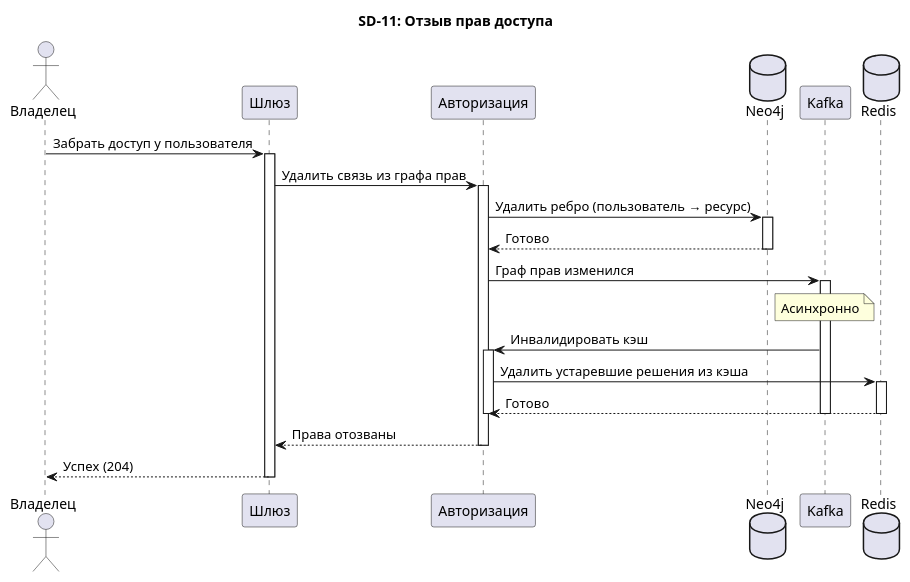
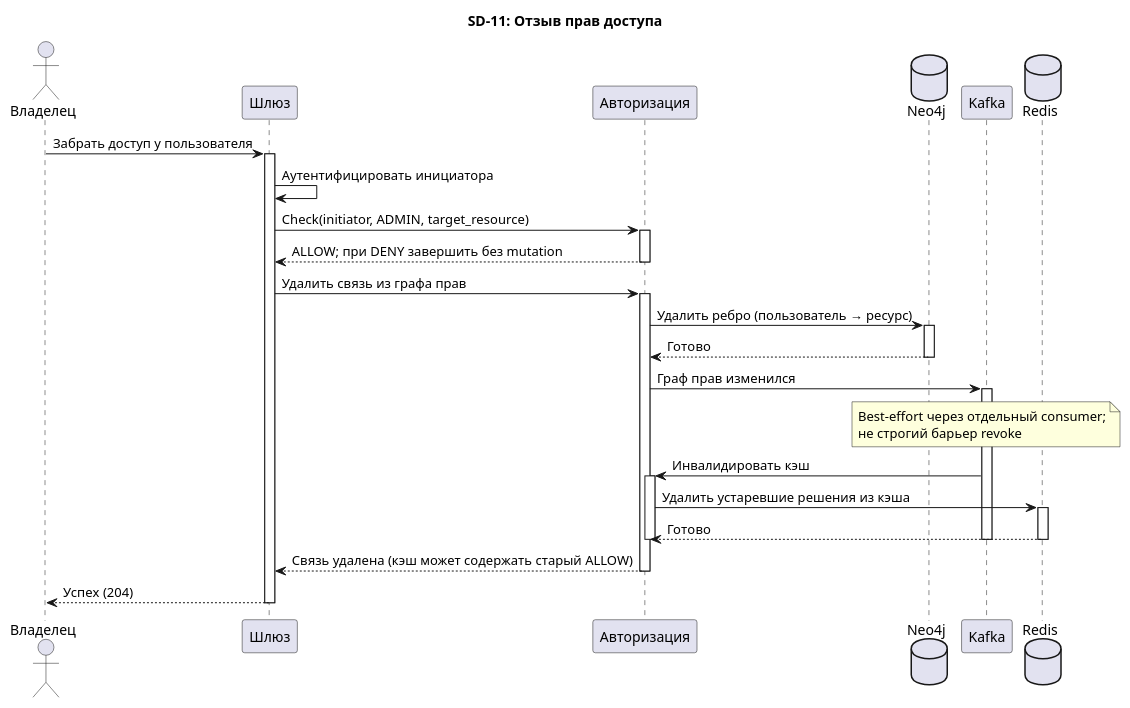
Diagram 11 of 16 in docs/sequence_diagrams.md (alesplll/opens3-rebac), drawn with PlantUML before and after one commit. The commit also changed other lines of this file and 21 other files, not shown here.

````diff
--- a/docs/sequence_diagrams.md
+++ b/docs/sequence_diagrams.md
@@ -471,43 +477,49 @@
 ```plantuml
 @startuml SD-11-RevokeAccess
 title SD-11: Отзыв прав доступа
 
 actor       "Владелец" as Admin
 participant "Шлюз"     as GW
 participant "Авторизация" as AZ
 database    "Neo4j"    as N4
 participant "Kafka"    as KF
 database    "Redis"    as RD
 
 Admin -> GW : Забрать доступ у пользователя
 activate GW
 
+GW -> GW : Аутентифицировать инициатора
+GW -> AZ : Check(initiator, ADMIN, target_resource)
+activate AZ
+AZ --> GW : ALLOW; при DENY завершить без mutation
+deactivate AZ
+
 GW -> AZ : Удалить связь из графа прав
 activate AZ
 
 AZ -> N4 : Удалить ребро (пользователь → ресурс)
 activate N4
 N4 --> AZ : Готово
 deactivate N4
 
 AZ -> KF : Граф прав изменился
 activate KF
 
-note over KF : Асинхронно
+note over KF : Best-effort через отдельный consumer;\nне строгий барьер revoke
 KF -> AZ : Инвалидировать кэш
 activate AZ
 AZ -> RD : Удалить устаревшие решения из кэша
 activate RD
 RD --> AZ : Готово
 deactivate RD
 deactivate AZ
 deactivate KF
 
-AZ --> GW : Права отозваны
+AZ --> GW : Связь удалена (кэш может содержать старый ALLOW)
 deactivate AZ
 
 GW --> Admin : Успех (204)
 deactivate GW
 
 @enduml
 ```
````
